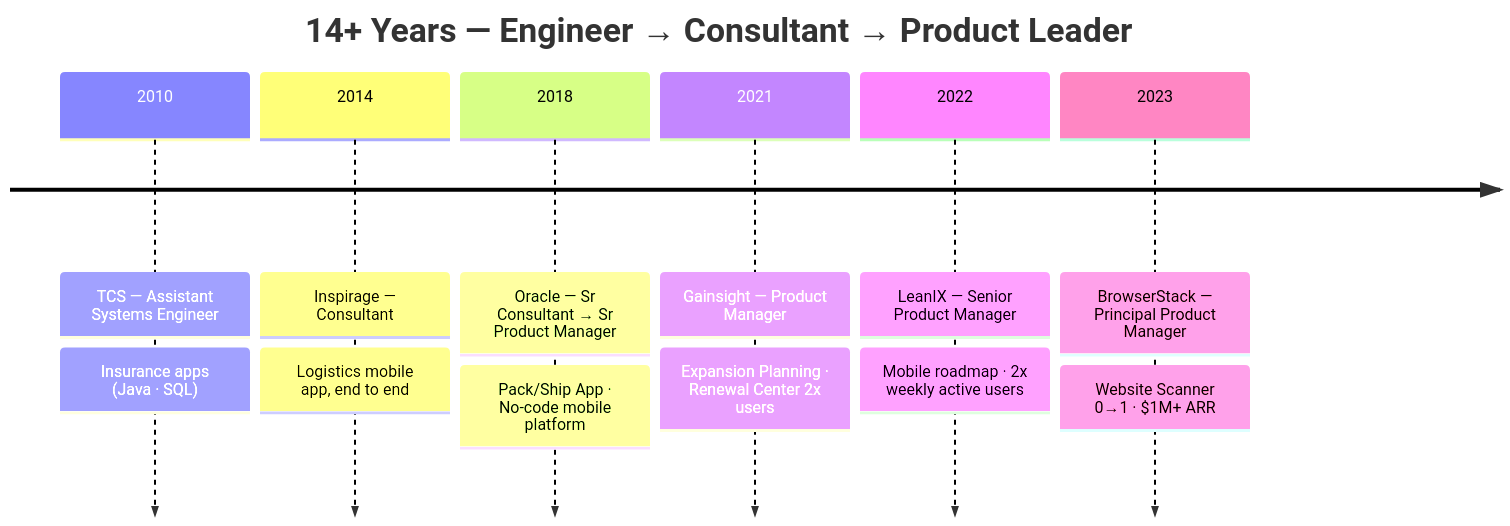
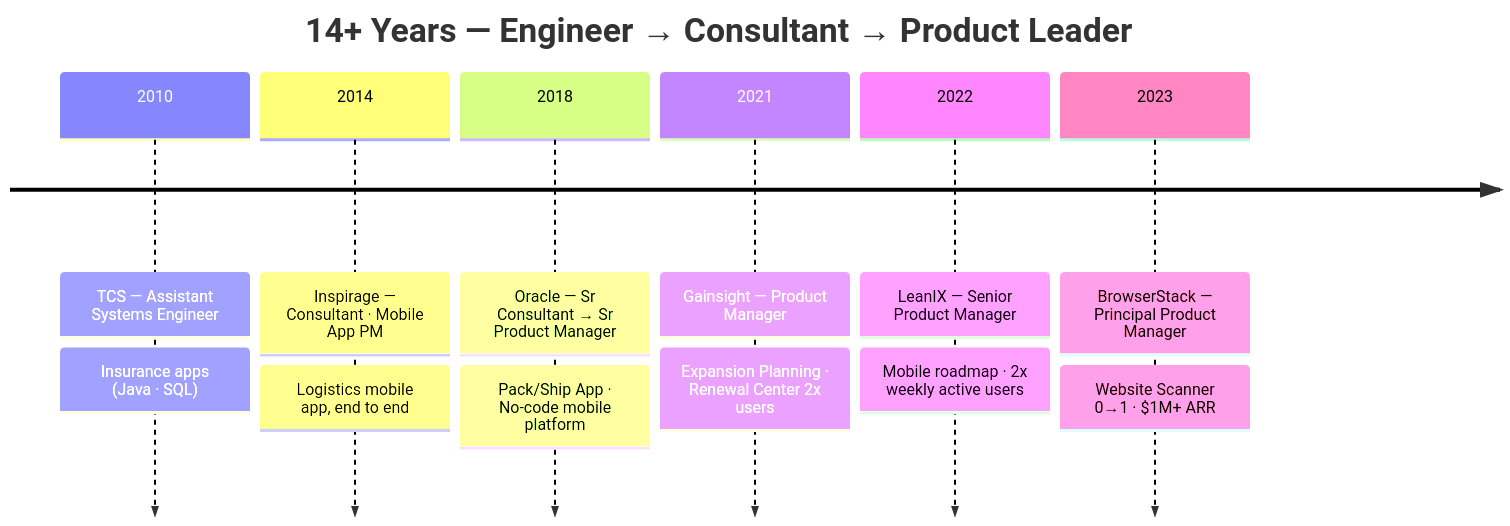
Before and after one commit to vivekreddy/vivekreddy: the first of 3 diagrams in README.md, drawn with Mermaid. The commit also changed other lines of this file, not shown here.

Commit message:
Inspirage: reflect Product Manager role for the mobile app

````diff
--- a/README.md
+++ b/README.md
@@ -56,10 +56,10 @@
 ```mermaid
 timeline
     title 14+ Years — Engineer → Consultant → Product Leader
     2010 : TCS — Assistant Systems Engineer : Insurance apps (Java · SQL)
-    2014 : Inspirage — Consultant : Logistics mobile app, end to end
+    2014 : Inspirage — Consultant · Mobile App PM : Logistics mobile app, end to end
     2018 : Oracle — Sr Consultant → Sr Product Manager : Pack/Ship App · No-code mobile platform
     2021 : Gainsight — Product Manager : Expansion Planning · Renewal Center 2x users
     2022 : LeanIX — Senior Product Manager : Mobile roadmap · 2x weekly active users
     2023 : BrowserStack — Principal Product Manager : Website Scanner 0→1 · $1M+ ARR
 ```
````
